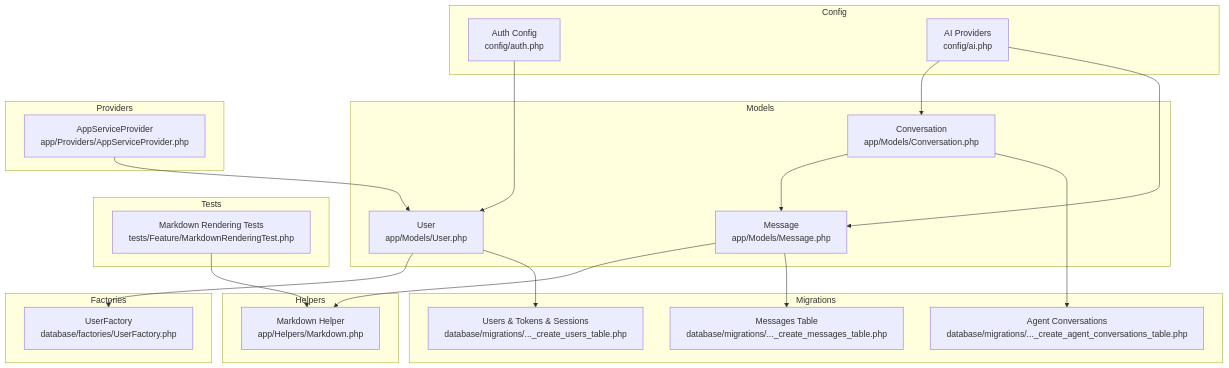
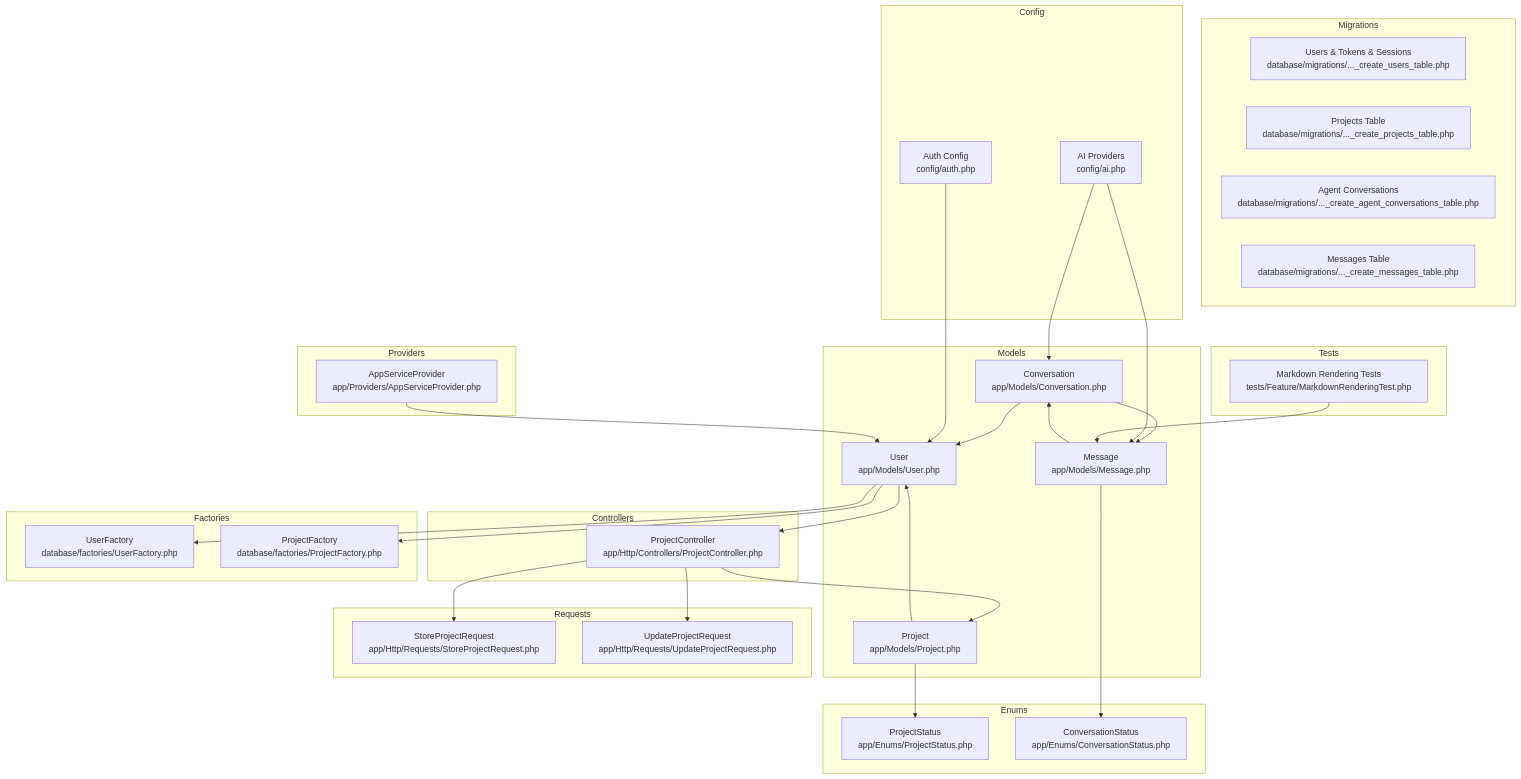
One commit to siimliimand/laravel-assistant changed the first of 6 diagrams in .qoder/repowiki/en/content/Laravel Application Components/Models.md. Above: the diagram before and after it, drawn with Mermaid. The commit also changed other lines of this file and 6 other files, not shown here.

First line of the commit message:
feat(database): add project management schema with ownership and status tracking

````diff
--- a/.qoder/repowiki/en/content/Laravel Application Components/Models.md
+++ b/.qoder/repowiki/en/content/Laravel Application Components/Models.md
@@ -52,40 +62,57 @@
 ```mermaid
 graph TB
 subgraph "Models"
 U["User<br/>app/Models/User.php"]
+P["Project<br/>app/Models/Project.php"]
 C["Conversation<br/>app/Models/Conversation.php"]
 M["Message<br/>app/Models/Message.php"]
 end
-subgraph "Helpers"
-MH["Markdown Helper<br/>app/Helpers/Markdown.php"]
+subgraph "Enums"
+PS["ProjectStatus<br/>app/Enums/ProjectStatus.php"]
+CS["ConversationStatus<br/>app/Enums/ConversationStatus.php"]
+end
+subgraph "Controllers"
+PC["ProjectController<br/>app/Http/Controllers/ProjectController.php"]
+end
+subgraph "Requests"
+SPR["StoreProjectRequest<br/>app/Http/Requests/StoreProjectRequest.php"]
+UPR["UpdateProjectRequest<br/>app/Http/Requests/UpdateProjectRequest.php"]
 end
 subgraph "Factories"
 UF["UserFactory<br/>database/factories/UserFactory.php"]
+PF["ProjectFactory<br/>database/factories/ProjectFactory.php"]
 end
 subgraph "Migrations"
 MU["Users & Tokens & Sessions<br/>database/migrations/..._create_users_table.php"]
+MP["Projects Table<br/>database/migrations/..._create_projects_table.php"]
 MAC["Agent Conversations<br/>database/migrations/..._create_agent_conversations_table.php"]
 MM["Messages Table<br/>database/migrations/..._create_messages_table.php"]
 end
 subgraph "Config"
 AU["Auth Config<br/>config/auth.php"]
 AI["AI Providers<br/>config/ai.php"]
 end
 subgraph "Providers"
 SP["AppServiceProvider<br/>app/Providers/AppServiceProvider.php"]
 end
 subgraph "Tests"
 MT["Markdown Rendering Tests<br/>tests/Feature/MarkdownRenderingTest.php"]
 end
+U --> PF
 U --> UF
+P --> PS
 C --> M
-M --> MH
-U --> MU
-C --> MAC
-M --> MM
+M --> CS
+PC --> P
+PC --> SPR
+PC --> UPR
+U --> PC
+P --> U
+C --> U
+M --> C
 AU --> U
 AI --> C
 AI --> M
 SP --> U
-MT --> MH
+MT --> M
 ```
````
